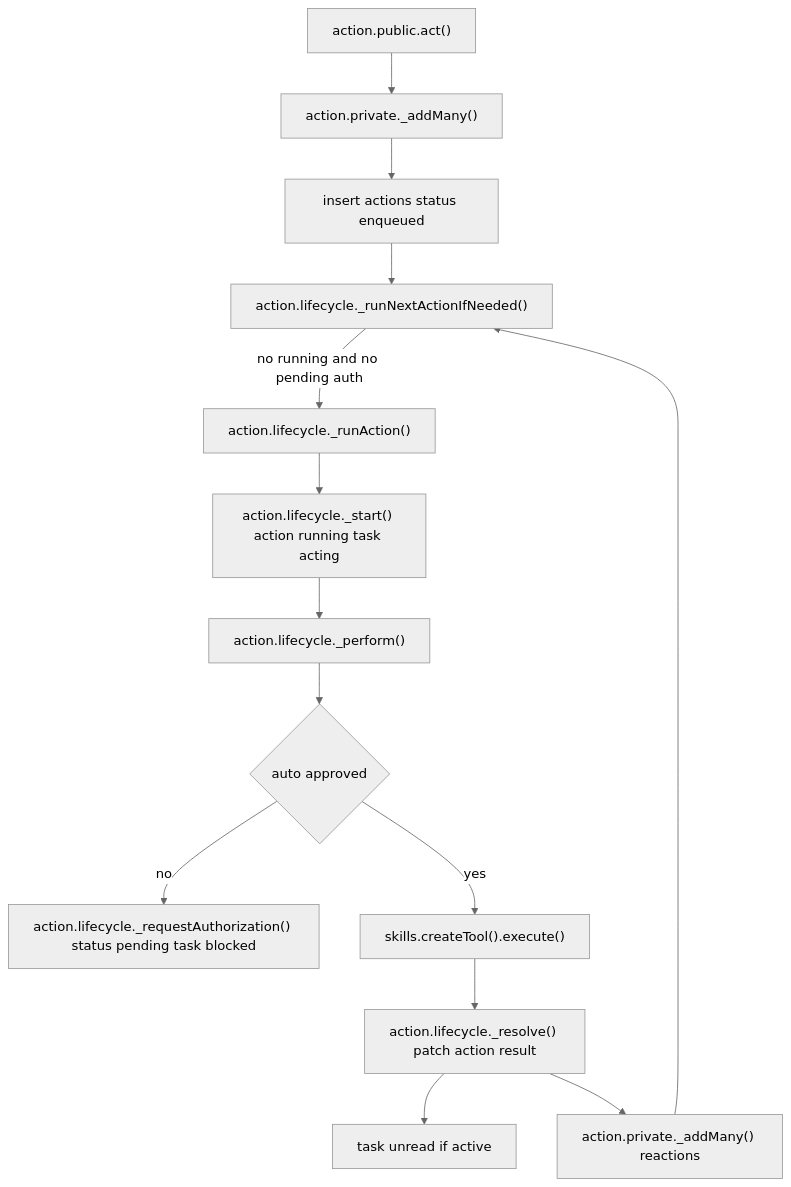
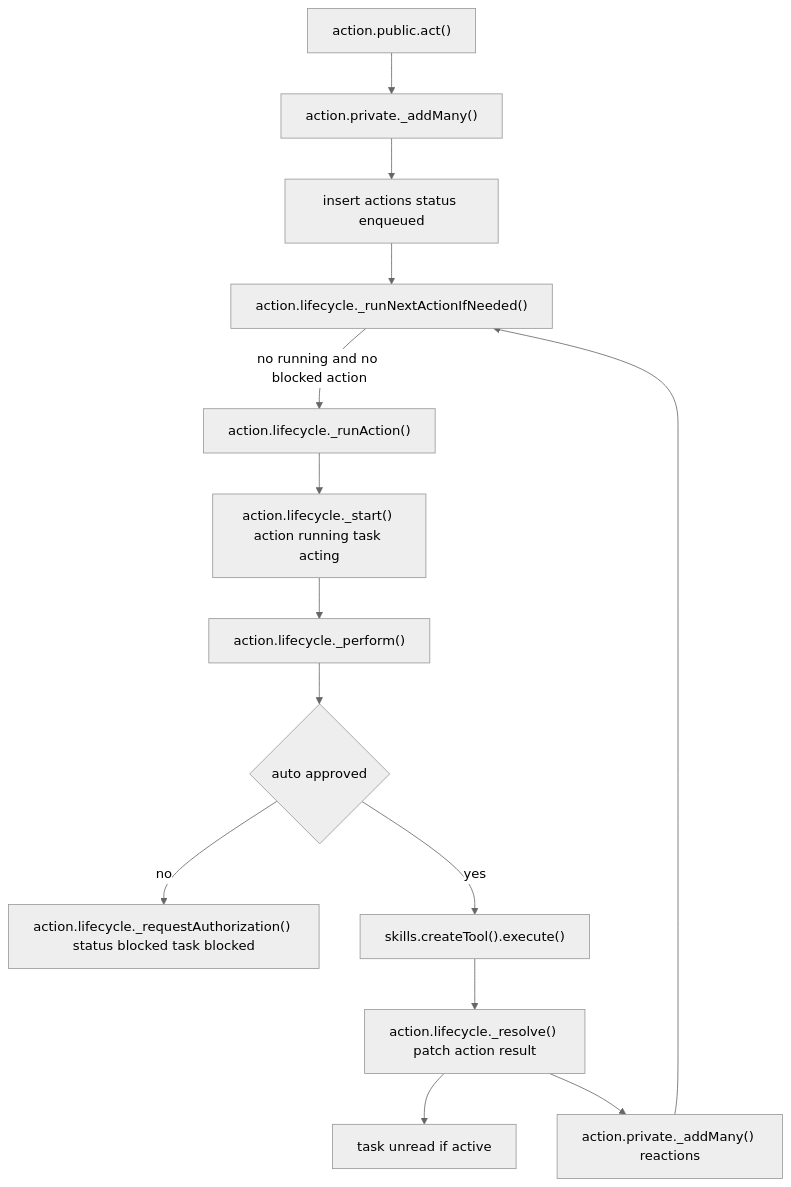
The first of 3 diagrams in tasks/active/action-execution-model.md (igor9silva/meseeks), drawn with Mermaid (neutral theme) before and after one commit. The commit also changed other lines of this file and 81 other files, not shown here.

````diff
--- a/tasks/active/action-execution-model.md
+++ b/tasks/active/action-execution-model.md
@@ -245,16 +246,16 @@
 ```mermaid
 flowchart TD
     A["action.public.act()"] --> B["action.private._addMany()"]
     B --> C["insert actions status enqueued"]
     C --> D["action.lifecycle._runNextActionIfNeeded()"]
-    D -->|no running and no pending auth| E["action.lifecycle._runAction()"]
+    D -->|no running and no blocked action| E["action.lifecycle._runAction()"]
     E --> F["action.lifecycle._start() action running task acting"]
     F --> G["action.lifecycle._perform()"]
     G --> H{"auto approved"}
-    H -- no --> I["action.lifecycle._requestAuthorization() status pending task blocked"]
+    H -- no --> I["action.lifecycle._requestAuthorization() status blocked task blocked"]
     H -- yes --> J["skills.createTool().execute()"]
     J --> K["action.lifecycle._resolve() patch action result"]
     K --> L["task unread if active"]
     K --> M["action.private._addMany() reactions"]
     M --> D
 ```
````
